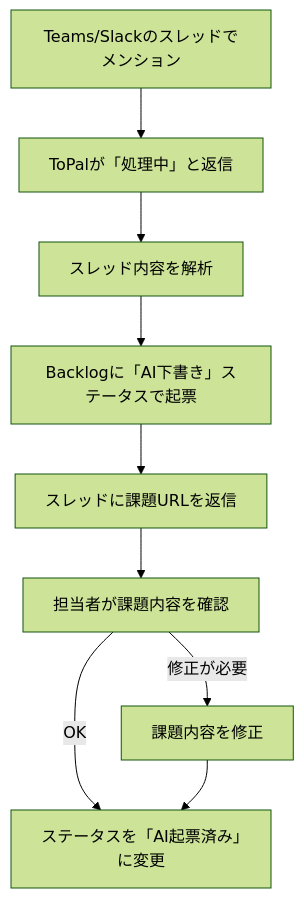
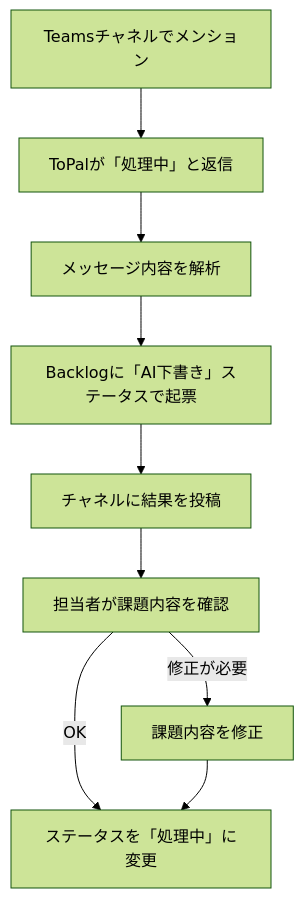
The fourth of 5 diagrams in README.md (nohara-kengo/nct-topal), drawn with Mermaid (forest theme) before and after one commit. The commit also changed other lines of this file and 23 other files, not shown here.

````diff
--- a/README.md
+++ b/README.md
@@ -107,11 +108,11 @@
 ```mermaid
 flowchart TD
-    A[Teams/Slackのスレッドでメンション] --> B[ToPalが「処理中」と返信]
-    B --> C[スレッド内容を解析]
+    A[Teamsチャネルでメンション] --> B[ToPalが「処理中」と返信]
+    B --> C[メッセージ内容を解析]
     C --> D[Backlogに「AI下書き」ステータスで起票]
-    D --> E[スレッドに課題URLを返信]
+    D --> E[チャネルに結果を投稿]
     E --> F[担当者が課題内容を確認]
-    F -->|OK| G[ステータスを「AI起票済み」に変更]
+    F -->|OK| G[ステータスを「処理中」に変更]
     F -->|修正が必要| H[課題内容を修正]
     H --> G
 ```
````
